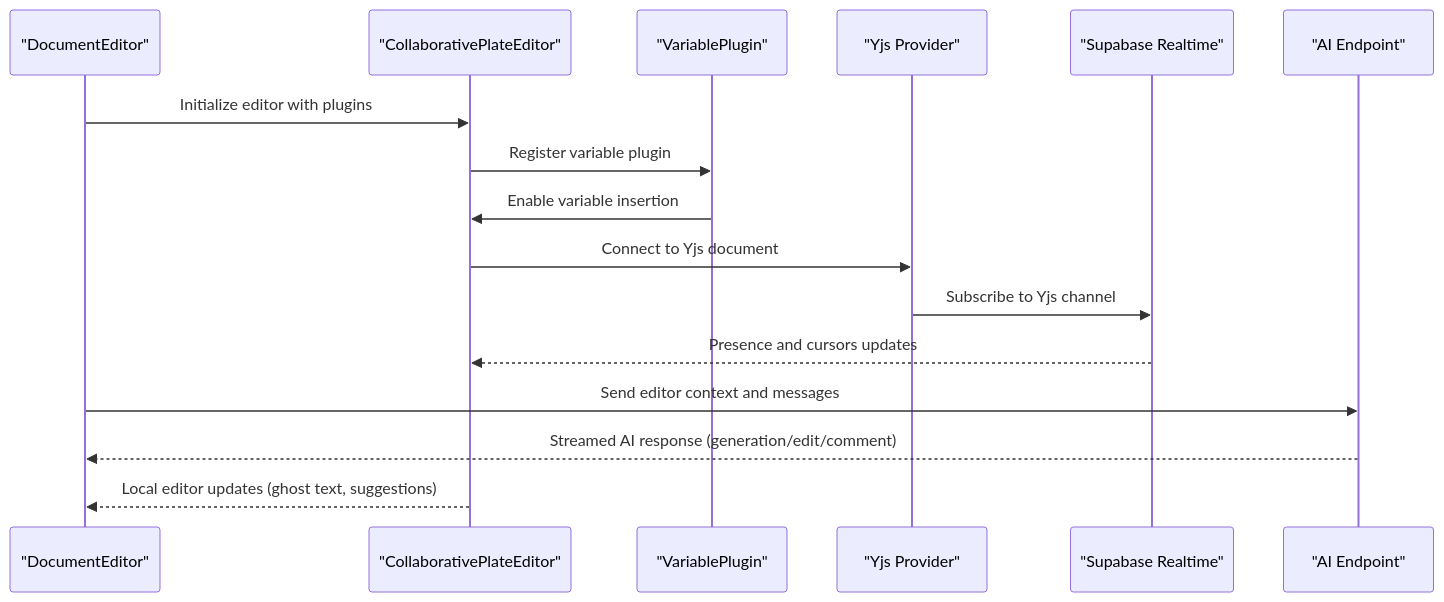
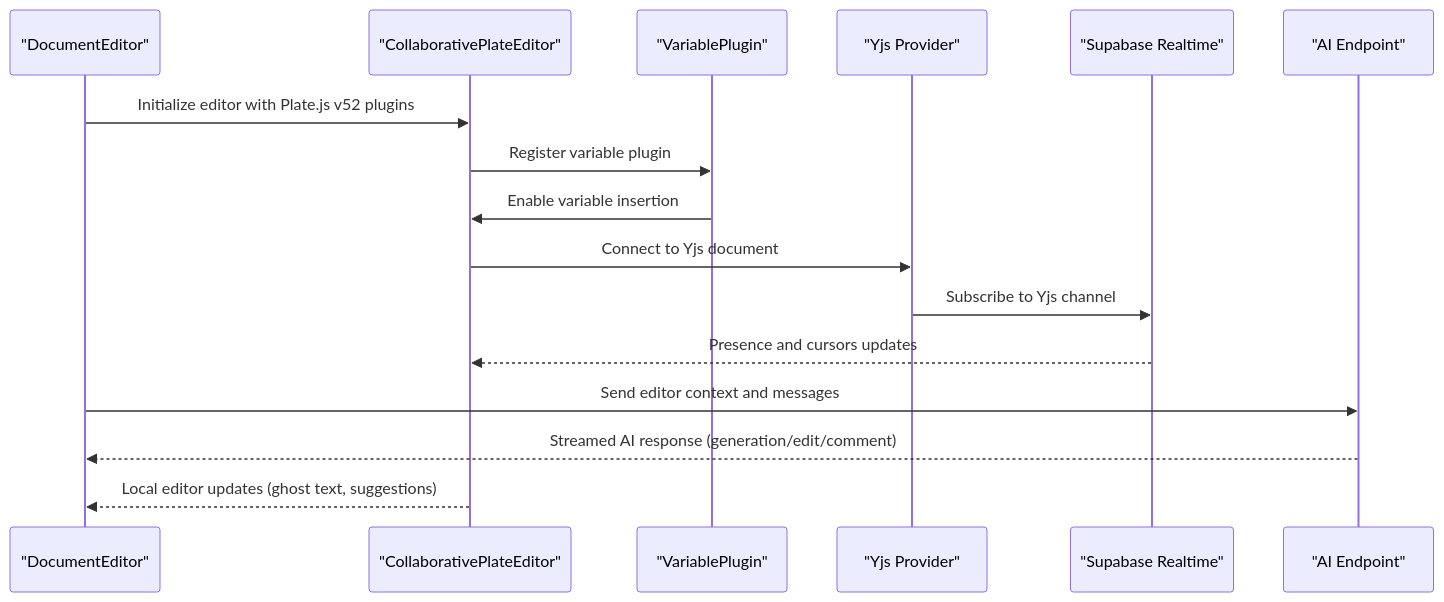
Before and after one commit to SinesysTech/zattar-os: the second of 10 diagrams in .qoder/repowiki/en/content/AI Integration and Features/AI-Assisted Document Editor.md, drawn with Mermaid. The commit also changed other lines of this file and 4 other files, not shown here.

````diff
--- a/.qoder/repowiki/en/content/AI Integration and Features/AI-Assisted Document Editor.md
+++ b/.qoder/repowiki/en/content/AI Integration and Features/AI-Assisted Document Editor.md
@@ -159,18 +169,18 @@
 ```mermaid
 sequenceDiagram
 participant UI as "DocumentEditor"
 participant PE as "CollaborativePlateEditor"
 participant VP as "VariablePlugin"
 participant Y as "Yjs Provider"
 participant RT as "Supabase Realtime"
 participant AI as "AI Endpoint"
-UI->>PE : Initialize editor with plugins
+UI->>PE : Initialize editor with Plate.js v52 plugins
 PE->>VP : Register variable plugin
 VP->>PE : Enable variable insertion
 PE->>Y : Connect to Yjs document
 Y->>RT : Subscribe to Yjs channel
 RT-->>PE : Presence and cursors updates
 UI->>AI : Send editor context and messages
 AI-->>UI : Streamed AI response (generation/edit/comment)
 PE-->>UI : Local editor updates (ghost text, suggestions)
 ```
````
